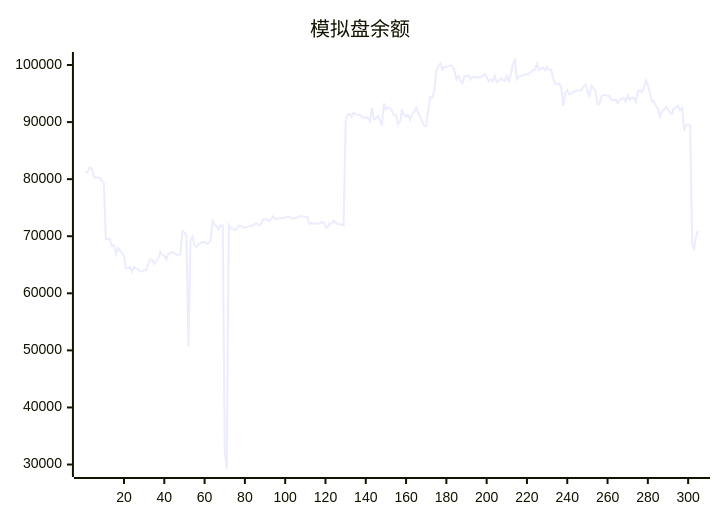
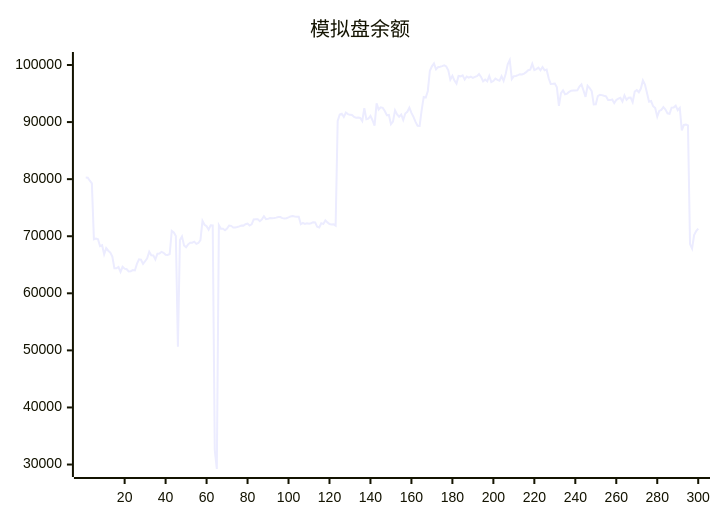
The diagram in README.md (aahl/ai-trading), drawn with Mermaid before and after one commit. The commit also changed other lines of this file and 1 other file, not shown here.

````diff
--- a/README.md
+++ b/README.md
@@ -5,5 +5,5 @@
 ```mermaid
 xychart
     title "模拟盘余额"
-    line [81118,81306,82066,81909,80392,80304,80291,80258,79729,79261,69466,69579,69456,68251,68415,66832,67911,67462,67144,66432,64380,64375,64606,63741,64647,64324,64216,63842,63877,64079,64008,65156,65945,65888,65157,65625,66144,67284,66653,66639,65924,66925,66956,67263,67108,66766,66729,66886,70927,70673,70049,50652,69334,69973,68400,68061,68578,68877,68879,69055,68662,68822,69329,72687,71999,71760,71163,71911,71896,32500,29218,71927,71297,71305,71044,71337,71883,71822,71536,71536,71622,71723,71880,71860,72100,72216,71887,72077,72940,72976,72966,72638,72948,73497,73004,73041,73173,73160,73187,73258,73375,73351,73173,73098,73161,73305,73474,73536,73457,73413,73412,72100,72333,72164,72272,72204,72285,72461,72421,71652,71521,72267,72157,72774,72425,72144,72060,72091,71858,90185,91338,91466,90900,91678,91404,91268,91244,90903,90779,90787,90721,90187,92429,90518,90619,91070,90328,89376,93286,92202,92581,92485,91947,91196,91259,89619,90086,92063,91355,90950,91327,90373,91498,91800,92531,91603,90910,90031,89351,89334,92097,94406,94315,95455,98972,99763,100286,99229,99622,99701,99805,99938,99738,99082,97430,98094,97267,96741,98081,98013,98194,97447,97983,97789,97969,97729,97911,98043,98405,97912,97120,97448,97154,98095,97021,97191,97616,97402,97263,98035,97210,98424,100121,100876,97552,98049,98085,98228,98388,98342,98488,98750,99086,99181,100188,99107,99272,99553,99072,99636,99061,99186,97674,96679,96704,96743,96096,92830,95088,95560,94866,94995,95295,95497,95531,95527,95559,96236,96597,95538,94422,96363,95972,95418,93095,93128,94558,94795,94727,94611,94508,93857,93852,93955,93340,93862,94112,94249,93603,94682,93898,94267,94288,93490,95337,95601,95226,95879,97301,96573,95113,93569,93681,92773,92453,90953,91954,92130,92637,92209,91536,91462,92532,92562,92875,92086,92488,88547,89491,89563,89429,68632,67833,70192,70919]
+    line [80291,80258,79729,79261,69466,69579,69456,68251,68415,66832,67911,67462,67144,66432,64380,64375,64606,63741,64647,64324,64216,63842,63877,64079,64008,65156,65945,65888,65157,65625,66144,67284,66653,66639,65924,66925,66956,67263,67108,66766,66729,66886,70927,70673,70049,50652,69334,69973,68400,68061,68578,68877,68879,69055,68662,68822,69329,72687,71999,71760,71163,71911,71896,32500,29218,71927,71297,71305,71044,71337,71883,71822,71536,71536,71622,71723,71880,71860,72100,72216,71887,72077,72940,72976,72966,72638,72948,73497,73004,73041,73173,73160,73187,73258,73375,73351,73173,73098,73161,73305,73474,73536,73457,73413,73412,72100,72333,72164,72272,72204,72285,72461,72421,71652,71521,72267,72157,72774,72425,72144,72060,72091,71858,90185,91338,91466,90900,91678,91404,91268,91244,90903,90779,90787,90721,90187,92429,90518,90619,91070,90328,89376,93286,92202,92581,92485,91947,91196,91259,89619,90086,92063,91355,90950,91327,90373,91498,91800,92531,91603,90910,90031,89351,89334,92097,94406,94315,95455,98972,99763,100286,99229,99622,99701,99805,99938,99738,99082,97430,98094,97267,96741,98081,98013,98194,97447,97983,97789,97969,97729,97911,98043,98405,97912,97120,97448,97154,98095,97021,97191,97616,97402,97263,98035,97210,98424,100121,100876,97552,98049,98085,98228,98388,98342,98488,98750,99086,99181,100188,99107,99272,99553,99072,99636,99061,99186,97674,96679,96704,96743,96096,92830,95088,95560,94866,94995,95295,95497,95531,95527,95559,96236,96597,95538,94422,96363,95972,95418,93095,93128,94558,94795,94727,94611,94508,93857,93852,93955,93340,93862,94112,94249,93603,94682,93898,94267,94288,93490,95337,95601,95226,95879,97301,96573,95113,93569,93681,92773,92453,90953,91954,92130,92637,92209,91536,91462,92532,92562,92875,92086,92488,88547,89491,89563,89429,68632,67833,70192,70919,71340]
 ```
````
